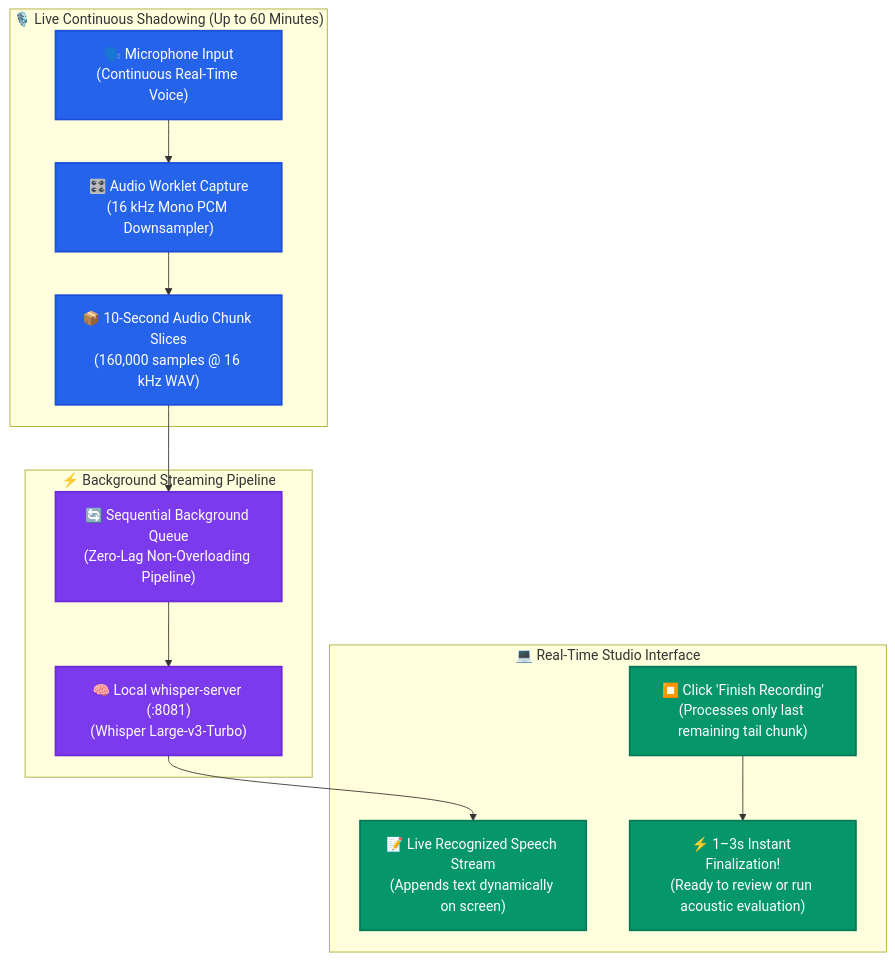
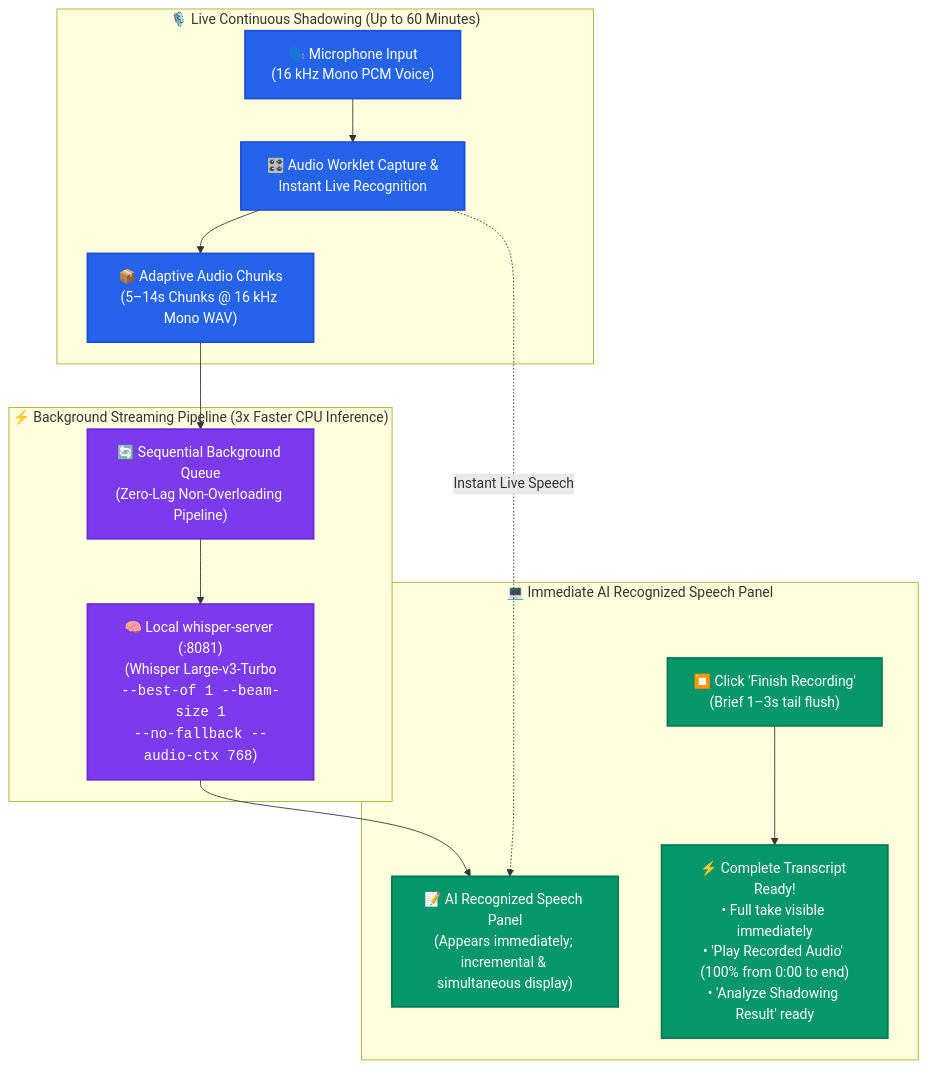
Before and after one commit to NinjaRoboticsEducation/EchoLearning: the third of 7 diagrams in README.md, drawn with Mermaid. The commit also changed other lines of this file and 8 other files, not shown here.

Commit message:
shut down, streaming recording fix

````diff
--- a/README.md
+++ b/README.md
@@ -432,24 +442,25 @@
 ```mermaid
 flowchart TD
     subgraph LIVE ["🎙️ Live Continuous Shadowing (Up to 60 Minutes)"]
-        MIC["🗣️ Microphone Input<br/>(Continuous Real-Time Voice)"] --> CAP["🎛️ Audio Worklet Capture<br/>(16 kHz Mono PCM Downsampler)"]
-        CAP --> BUF["📦 10-Second Audio Chunk Slices<br/>(160,000 samples @ 16 kHz WAV)"]
+        MIC["🗣️ Microphone Input<br/>(16 kHz Mono PCM Voice)"] --> CAP["🎛️ Audio Worklet Capture &<br/>Instant Live Recognition"]
+        CAP --> BUF["📦 Adaptive Audio Chunks<br/>(5–14s Chunks @ 16 kHz Mono WAV)"]
     end
 
-    subgraph BG ["⚡ Background Streaming Pipeline"]
+    subgraph BG ["⚡ Background Streaming Pipeline (3x Faster CPU Inference)"]
         BUF --> QUEUE["🔄 Sequential Background Queue<br/>(Zero-Lag Non-Overloading Pipeline)"]
-        QUEUE --> WHISPER["🧠 Local whisper-server (:8081)<br/>(Whisper Large-v3-Turbo)"]
+        QUEUE --> WHISPER["🧠 Local whisper-server (:8081)<br/>(Whisper Large-v3-Turbo<br/><code>--best-of 1 --beam-size 1<br/>--no-fallback --audio-ctx 768</code>)"]
     end
 
-    subgraph UI ["💻 Real-Time Studio Interface"]
-        WHISPER --> LIVE_TEXT["📝 Live Recognized Speech Stream<br/>(Appends text dynamically on screen)"]
-        STOP["⏹️ Click 'Finish Recording'<br/>(Processes only last remaining tail chunk)"] --> FAST["⚡ 1–3s Instant Finalization!<br/>(Ready to review or run acoustic evaluation)"]
+    subgraph UI ["💻 Immediate AI Recognized Speech Panel"]
+        CAP -. "Instant Live Speech" .-> LIVE_TEXT["📝 AI Recognized Speech Panel<br/>(Appears immediately; incremental & simultaneous display)"]
+        WHISPER --> LIVE_TEXT
+        STOP["⏹️ Click 'Finish Recording'<br/>(Brief 1–3s tail flush)"] --> FAST["⚡ Complete Transcript Ready!<br/>• Full take visible immediately<br/>• 'Play Recorded Audio' (100% from 0:00 to end)<br/>• 'Analyze Shadowing Result' ready"]
     end
 
     classDef primary fill:#2563eb,stroke:#1d4ed8,color:#ffffff,stroke-width:2px;
     classDef bg fill:#7c3aed,stroke:#6d28d9,color:#ffffff,stroke-width:2px;
     classDef ui fill:#059669,stroke:#047857,color:#ffffff,stroke-width:2px;
     class MIC,CAP,BUF primary;
     class QUEUE,WHISPER bg;
     class LIVE_TEXT,STOP,FAST ui;
 ```
````
